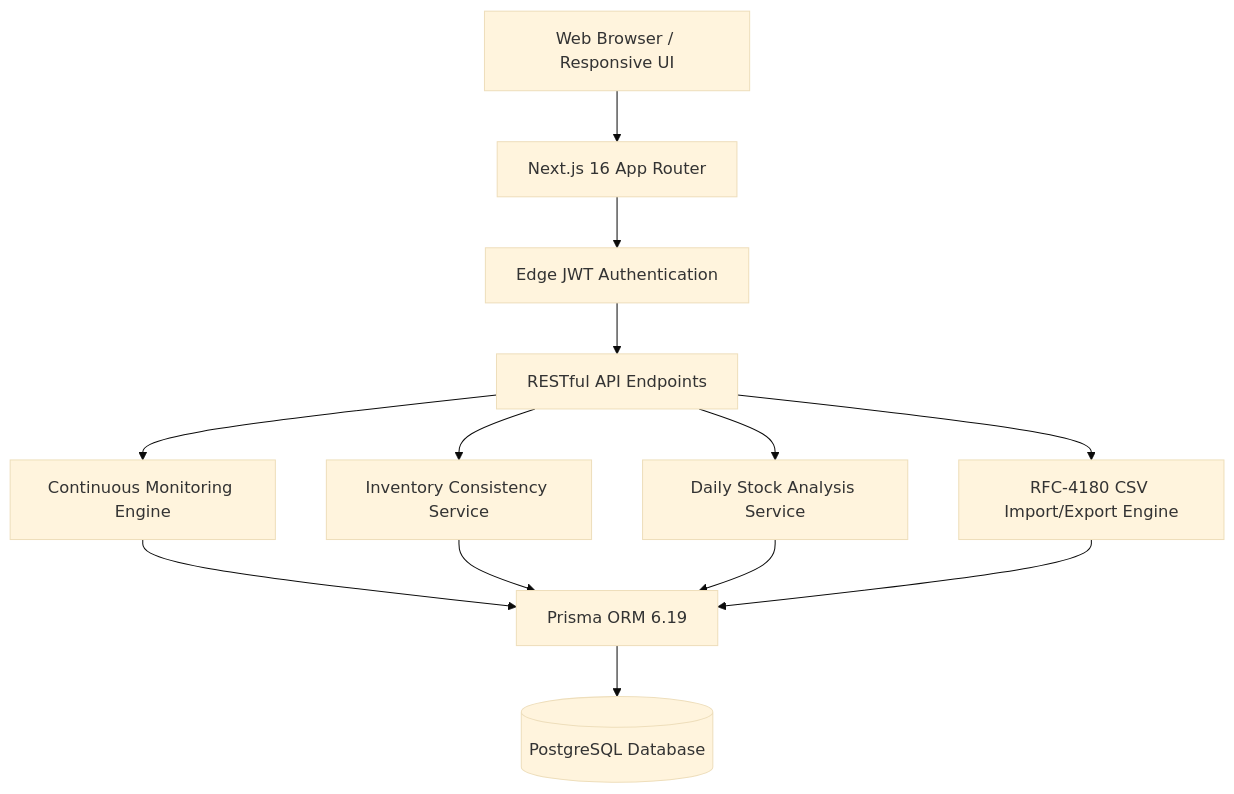
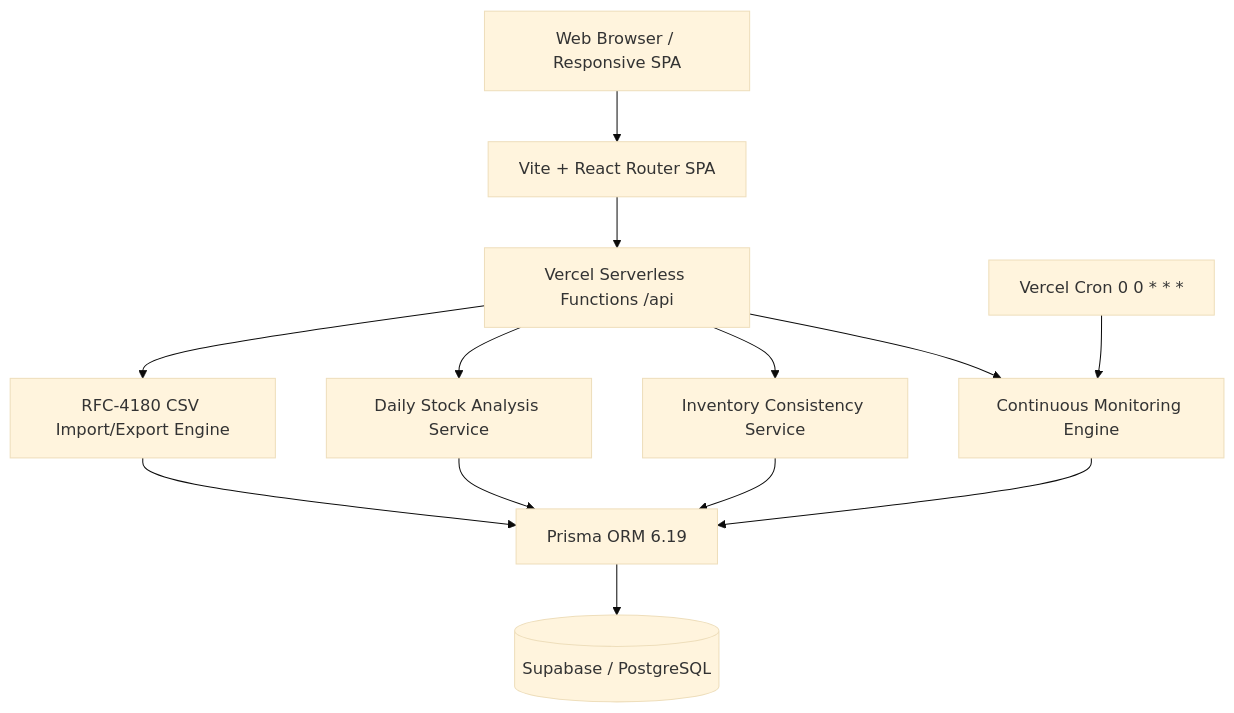
The diagram in README.md (Praveen2600t/SIMS), drawn with Mermaid (base theme) before and after one commit. The commit also changed other lines of this file and 24 other files, not shown here.

Commit message:
feat: convert SICMS to Vite + React Router + TypeScript with Vercel Functions and Supabase

````diff
--- a/README.md
+++ b/README.md
@@ -76,15 +78,15 @@
 ```mermaid
 graph TD
-  Client[Web Browser / Responsive UI] --> Next[Next.js 16 App Router]
-  Next --> AuthMiddleware[Edge JWT Authentication]
-  AuthMiddleware --> API[RESTful API Endpoints]
+  Client[Web Browser / Responsive SPA] --> Vite[Vite + React Router SPA]
+  Vite --> API[Vercel Serverless Functions /api]
   API --> MonitorSvc[Continuous Monitoring Engine]
   API --> InventorySvc[Inventory Consistency Service]
   API --> AnalyticsSvc[Daily Stock Analysis Service]
   API --> CSVSvc[RFC-4180 CSV Import/Export Engine]
+  Cron[Vercel Cron 0 0 * * *] --> MonitorSvc
   MonitorSvc --> Prisma[Prisma ORM 6.19]
   InventorySvc --> Prisma
   AnalyticsSvc --> Prisma
   CSVSvc --> Prisma
-  Prisma --> Postgres[(PostgreSQL Database)]
+  Prisma --> Postgres[(Supabase / PostgreSQL)]
 ```
````
